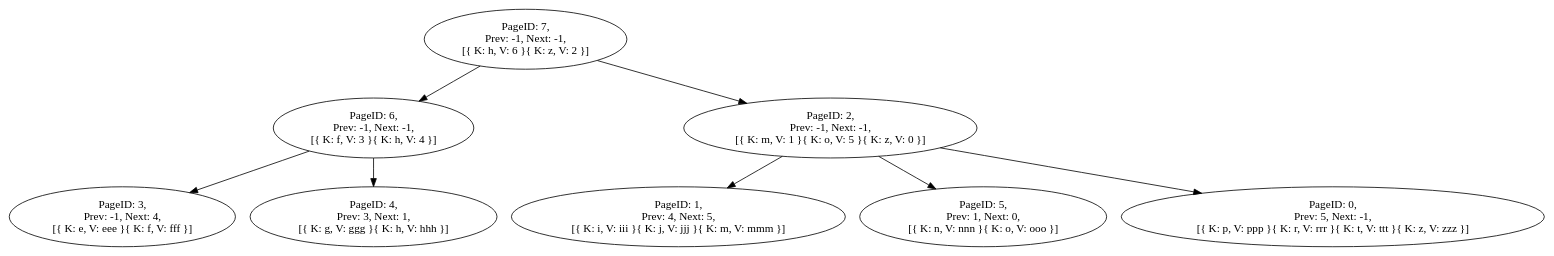
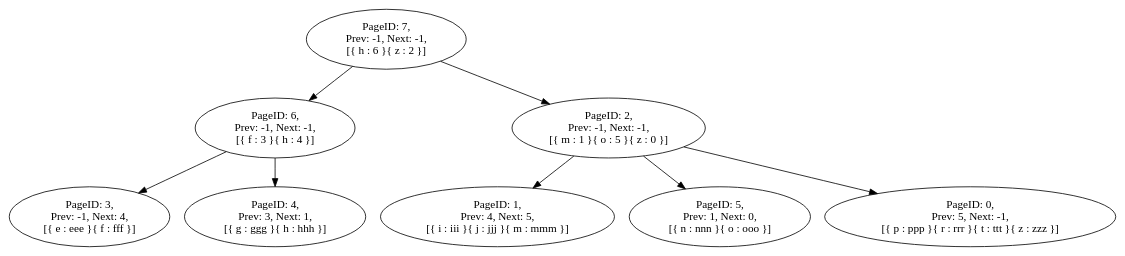
Before and after one commit to naoto0822/go-b-plus-tree: the diagram in examples/print_tree/graph.dot, drawn with Graphviz. The commit also changed 1 other file, not shown here.

Commit message:
updated graph image

```diff
--- a/examples/print_tree/graph.dot
+++ b/examples/print_tree/graph.dot
@@ -1,39 +1,39 @@
 digraph "" {
 		graph [fontname = "Ricty Bold"];
     	node [fontname = "Ricty Bold", label="\N"];
     	edge [fontname = "Ricty Bold"];	"PageID: 7, 
  Prev: -1, Next: -1, 
- [{ K: h, V: 6 }{ K: z, V: 2 }]" -> "PageID: 6, 
+ [{ h : 6 }{ z : 2 }]" -> "PageID: 6, 
  Prev: -1, Next: -1, 
- [{ K: f, V: 3 }{ K: h, V: 4 }]"	[ label = "" ];
+ [{ f : 3 }{ h : 4 }]"	[ label = "" ];
 	"PageID: 7, 
  Prev: -1, Next: -1, 
- [{ K: h, V: 6 }{ K: z, V: 2 }]" -> "PageID: 2, 
+ [{ h : 6 }{ z : 2 }]" -> "PageID: 2, 
  Prev: -1, Next: -1, 
- [{ K: m, V: 1 }{ K: o, V: 5 }{ K: z, V: 0 }]"	[ label = "" ];
+ [{ m : 1 }{ o : 5 }{ z : 0 }]"	[ label = "" ];
 	"PageID: 6, 
  Prev: -1, Next: -1, 
- [{ K: f, V: 3 }{ K: h, V: 4 }]" -> "PageID: 3, 
+ [{ f : 3 }{ h : 4 }]" -> "PageID: 3, 
  Prev: -1, Next: 4, 
- [{ K: e, V: eee }{ K: f, V: fff }]"	[ label = "" ];
+ [{ e : eee }{ f : fff }]"	[ label = "" ];
 	"PageID: 6, 
  Prev: -1, Next: -1, 
- [{ K: f, V: 3 }{ K: h, V: 4 }]" -> "PageID: 4, 
+ [{ f : 3 }{ h : 4 }]" -> "PageID: 4, 
  Prev: 3, Next: 1, 
- [{ K: g, V: ggg }{ K: h, V: hhh }]"	[ label = "" ];
+ [{ g : ggg }{ h : hhh }]"	[ label = "" ];
 	"PageID: 2, 
  Prev: -1, Next: -1, 
- [{ K: m, V: 1 }{ K: o, V: 5 }{ K: z, V: 0 }]" -> "PageID: 1, 
+ [{ m : 1 }{ o : 5 }{ z : 0 }]" -> "PageID: 1, 
  Prev: 4, Next: 5, 
- [{ K: i, V: iii }{ K: j, V: jjj }{ K: m, V: mmm }]"	[ label = "" ];
+ [{ i : iii }{ j : jjj }{ m : mmm }]"	[ label = "" ];
 	"PageID: 2, 
  Prev: -1, Next: -1, 
- [{ K: m, V: 1 }{ K: o, V: 5 }{ K: z, V: 0 }]" -> "PageID: 5, 
+ [{ m : 1 }{ o : 5 }{ z : 0 }]" -> "PageID: 5, 
  Prev: 1, Next: 0, 
- [{ K: n, V: nnn }{ K: o, V: ooo }]"	[ label = "" ];
+ [{ n : nnn }{ o : ooo }]"	[ label = "" ];
 	"PageID: 2, 
  Prev: -1, Next: -1, 
- [{ K: m, V: 1 }{ K: o, V: 5 }{ K: z, V: 0 }]" -> "PageID: 0, 
+ [{ m : 1 }{ o : 5 }{ z : 0 }]" -> "PageID: 0, 
  Prev: 5, Next: -1, 
- [{ K: p, V: ppp }{ K: r, V: rrr }{ K: t, V: ttt }{ K: z, V: zzz }]"	[ label = "" ];
+ [{ p : ppp }{ r : rrr }{ t : ttt }{ z : zzz }]"	[ label = "" ];
 }
```
